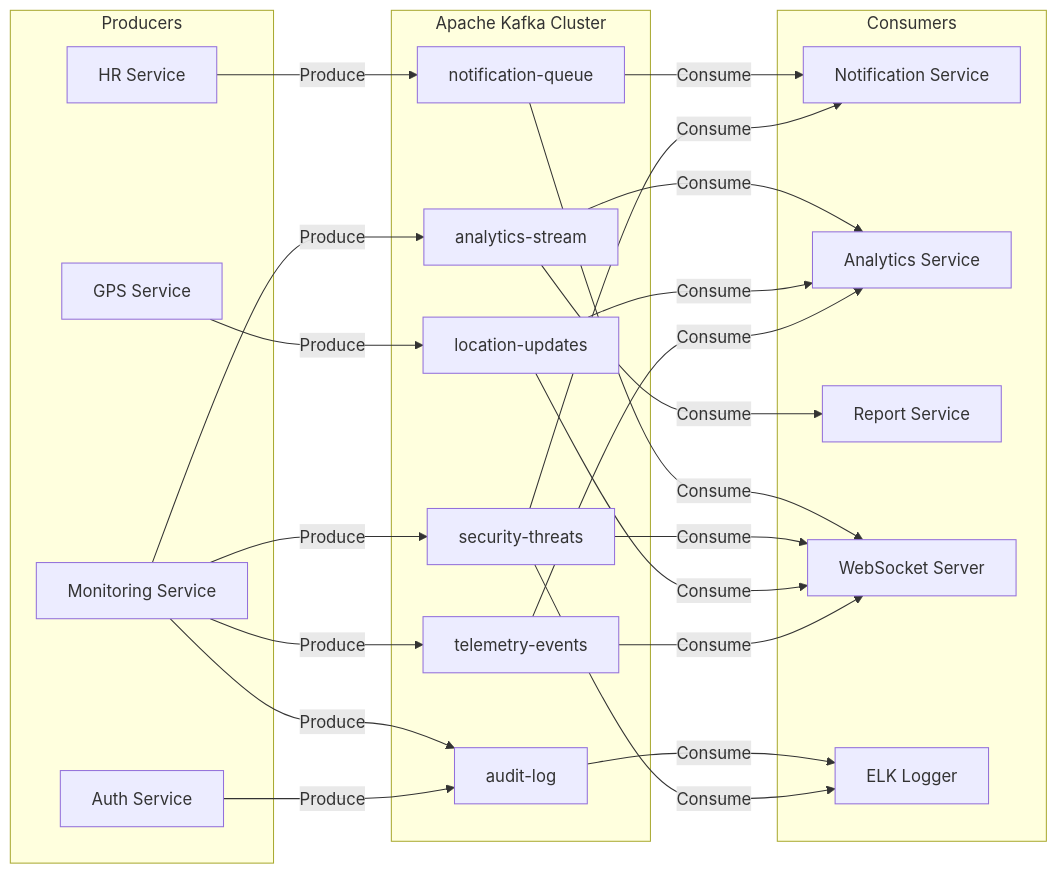
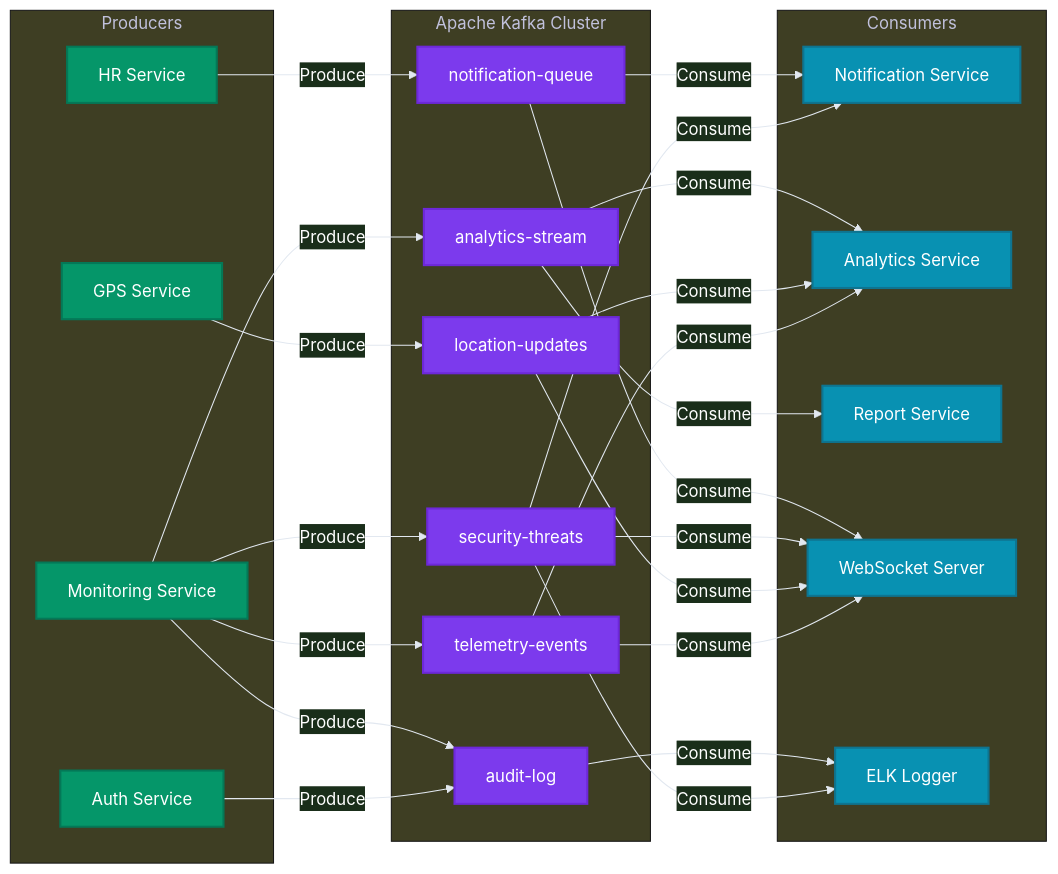
The fourth of 12 diagrams in project_overview/FLOW_DIAGRAMS.md (GaganCB2002/WorkSphere-Enterprise-Grade-Activity-Intelligence_V1), drawn with Mermaid before and after one commit. The commit also changed other lines of this file and 2 other files, not shown here.

````diff
--- a/project_overview/FLOW_DIAGRAMS.md
+++ b/project_overview/FLOW_DIAGRAMS.md
@@ -253,47 +275,57 @@
 ```mermaid
+%%{init: {'theme':'base', 'themeVariables': {'primaryColor': '#1a1a2e', 'primaryTextColor': '#ffffff', 'lineColor': '#e2e8f0'}}}%%
 graph LR
+
+    classDef producer fill:#059669,stroke:#047857,color:#fff,stroke-width:2px
+    classDef topic fill:#7c3aed,stroke:#6d28d9,color:#fff,stroke-width:2px
+    classDef consumer fill:#0891b2,stroke:#0e7490,color:#fff,stroke-width:2px
+
     subgraph Producers
         MS[Monitoring Service]
         GS[GPS Service]
         AS[Auth Service]
         HS[HR Service]
     end
 
     subgraph Kafka_Cluster["Apache Kafka Cluster"]
         T1[telemetry-events]
         T2[location-updates]
         T3[security-threats]
         T4[notification-queue]
         T5[analytics-stream]
         T6[audit-log]
     end
 
     subgraph Consumers
         NS[Notification Service]
         ANS[Analytics Service]
         RS[Report Service]
         WS[WebSocket Server]
         EL[ELK Logger]
     end
 
     MS -->|Produce| T1
     GS -->|Produce| T2
     MS -->|Produce| T3
     HS -->|Produce| T4
     MS -->|Produce| T5
     AS -->|Produce| T6
     MS -->|Produce| T6
 
     T1 -->|Consume| ANS
     T1 -->|Consume| WS
     T2 -->|Consume| ANS
     T2 -->|Consume| WS
     T3 -->|Consume| NS
     T3 -->|Consume| WS
     T3 -->|Consume| EL
     T4 -->|Consume| NS
     T4 -->|Consume| WS
     T5 -->|Consume| ANS
     T5 -->|Consume| RS
     T6 -->|Consume| EL
+
+    class MS,GS,AS,HS producer
+    class T1,T2,T3,T4,T5,T6 topic
+    class NS,ANS,RS,WS,EL consumer
 ```
````
